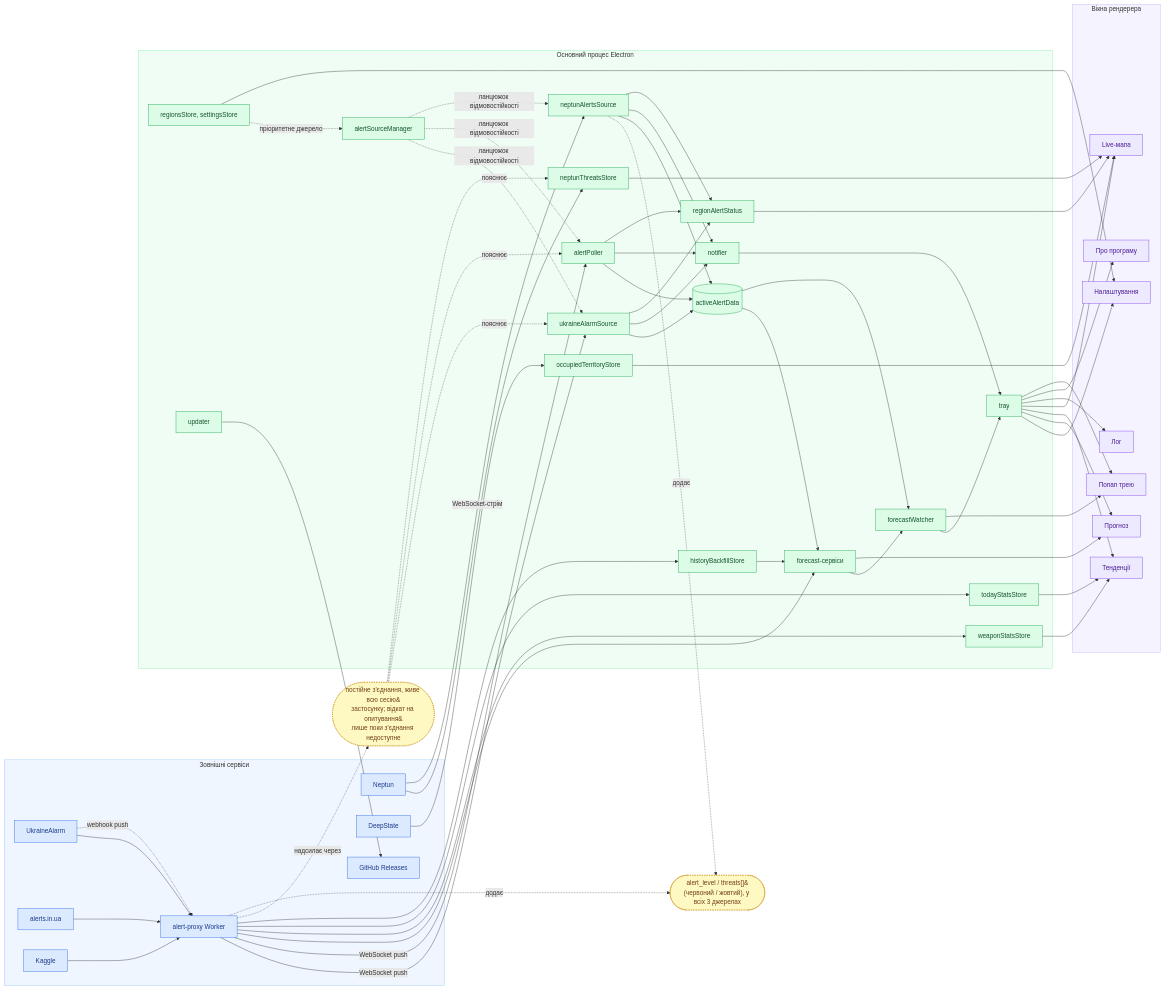
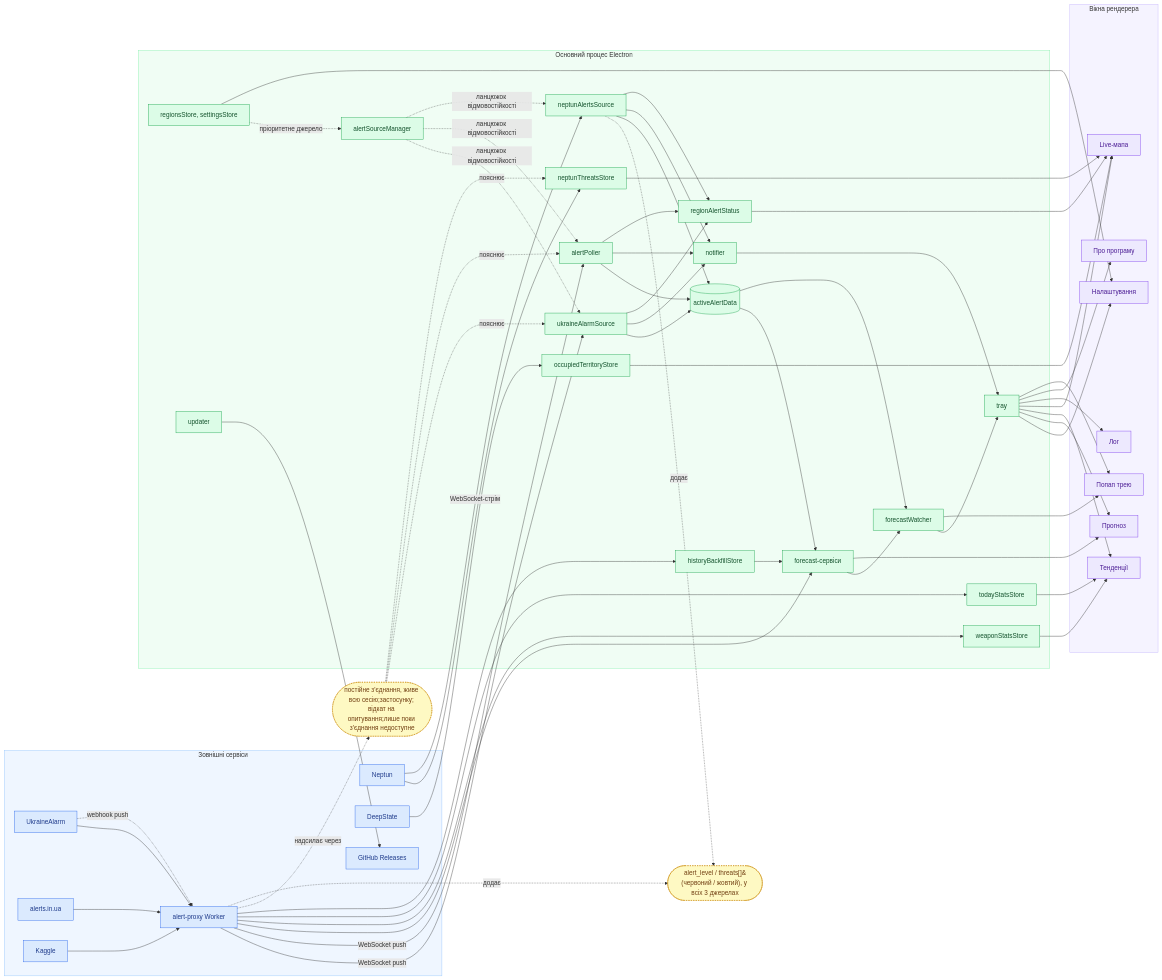
Before and after one commit to sergeiown/Alert_Server: the diagram in docs/diagrams/architecture-uk.mmd, drawn with Mermaid.

Commit message:
Fix formatting in architecture-uk.mmd notes

```diff
--- a/docs/diagrams/architecture-uk.mmd
+++ b/docs/diagrams/architecture-uk.mmd
@@ -1,119 +1,119 @@
 flowchart LR
     subgraph ext[Зовнішні сервіси]
         ukrainealarm[UkraineAlarm]
         api[alerts.in.ua]
         proxy[alert-proxy Worker]
         neptun[Neptun]
         deepstate[DeepState]
         kaggle[Kaggle]
         gh[GitHub Releases]
     end
 
     subgraph main[Основний процес Electron]
         sourceManager[alertSourceManager]
         uaSource[ukraineAlarmSource]
         poller[alertPoller]
         altSource[neptunAlertsSource]
         threatsStore[neptunThreatsStore]
         activeData[(activeAlertData)]
         notifier[notifier]
         regionStatus[regionAlertStatus]
         todayStats[todayStatsStore]
         historyBackfill[historyBackfillStore]
         occupied[occupiedTerritoryStore]
         forecast[forecast-сервіси]
         watcher[forecastWatcher]
         weaponStats[weaponStatsStore]
         tray[tray]
         stores[regionsStore, settingsStore]
         updater[updater]
     end
 
     subgraph win[Вікна рендерера]
         settingsWin[Налаштування]
         forecastWin[Прогноз]
         trendsWin[Тенденції]
         liveMapWin[Live-мапа]
         popup[Попап трею]
         logWin[Лог]
         aboutWin[Про програму]
     end
 
     ukrainealarm --> proxy
     ukrainealarm -. webhook push .-> proxy
     api --> proxy
     kaggle --> proxy
     proxy -->|WebSocket push| uaSource
     proxy -->|WebSocket push| poller
     proxy --> forecast
     proxy --> weaponStats
     proxy --> todayStats
     proxy --> historyBackfill
     deepstate --> occupied
     neptun -->|WebSocket-стрім| threatsStore
     neptun --> altSource
 
-    pushNote(["постійне з'єднання, живе всю сесію&#10;застосунку; відкат на опитування&#10;лише поки з'єднання недоступне"])
+    pushNote(["постійне з'єднання, живе всю сесію;застосунку; відкат на опитування;лише поки з'єднання недоступне"])
     proxy -. надсилає через .-> pushNote
     pushNote -. пояснює .-> uaSource
     pushNote -. пояснює .-> poller
     pushNote -. пояснює .-> threatsStore
 
     levelNote(["alert_level / threats[]&#10;(червоний / жовтий), у всіх 3 джерелах"])
     proxy -. додає .-> levelNote
     altSource -. додає .-> levelNote
 
     stores -. пріоритетне джерело .-> sourceManager
     sourceManager -. ланцюжок відмовостійкості .-> uaSource
     sourceManager -. ланцюжок відмовостійкості .-> poller
     sourceManager -. ланцюжок відмовостійкості .-> altSource
     uaSource --> activeData
     poller --> activeData
     altSource --> activeData
     uaSource --> notifier
     poller --> notifier
     altSource --> notifier
     uaSource --> regionStatus
     poller --> regionStatus
     altSource --> regionStatus
     notifier --> tray
 
     activeData --> forecast
     activeData --> watcher
     historyBackfill --> forecast
     forecast --> watcher
     watcher --> tray
     watcher --> popup
 
     regionStatus --> liveMapWin
     threatsStore --> liveMapWin
     occupied --> liveMapWin
     weaponStats --> trendsWin
     todayStats --> trendsWin
 
     stores --> settingsWin
     forecast --> forecastWin
 
     tray --> settingsWin
     tray --> forecastWin
     tray --> trendsWin
     tray --> liveMapWin
     tray --> logWin
     tray --> aboutWin
     tray --> popup
 
     updater --> gh
 
     classDef extNode fill:#dbeafe,stroke:#2563eb,color:#1e3a8a
     classDef mainNode fill:#dcfce7,stroke:#16a34a,color:#14532d
     classDef winNode fill:#ede9fe,stroke:#7c3aed,color:#4c1d95
     classDef noteNode fill:#fef9c3,stroke:#ca8a04,color:#713f12,stroke-dasharray:3 3
 
     class ukrainealarm,api,proxy,neptun,deepstate,kaggle,gh extNode
     class sourceManager,uaSource,poller,altSource,threatsStore,activeData,notifier,regionStatus,todayStats,historyBackfill,occupied,forecast,watcher,weaponStats,tray,stores,updater mainNode
     class settingsWin,forecastWin,trendsWin,liveMapWin,popup,logWin,aboutWin winNode
     class levelNote,pushNote noteNode
 
     style ext fill:#eff6ff,stroke:#93c5fd
     style main fill:#f0fdf4,stroke:#86efac
     style win fill:#f5f3ff,stroke:#c4b5fd
```
